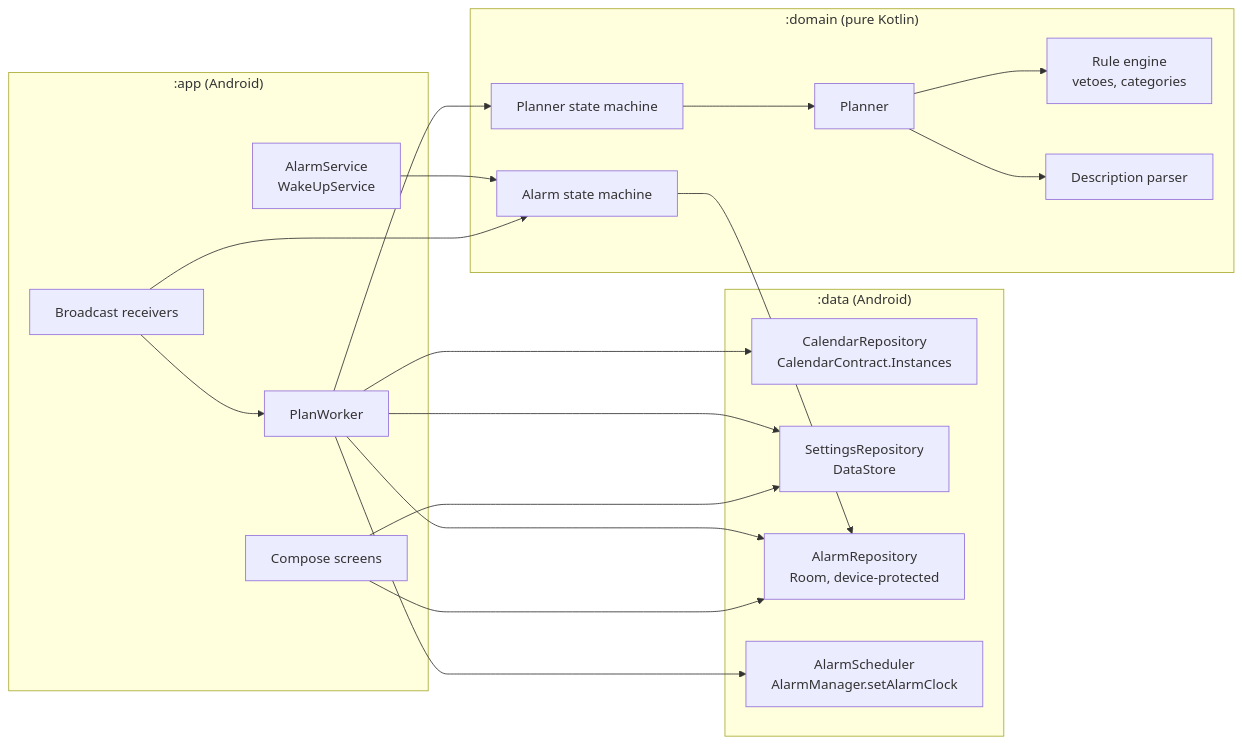
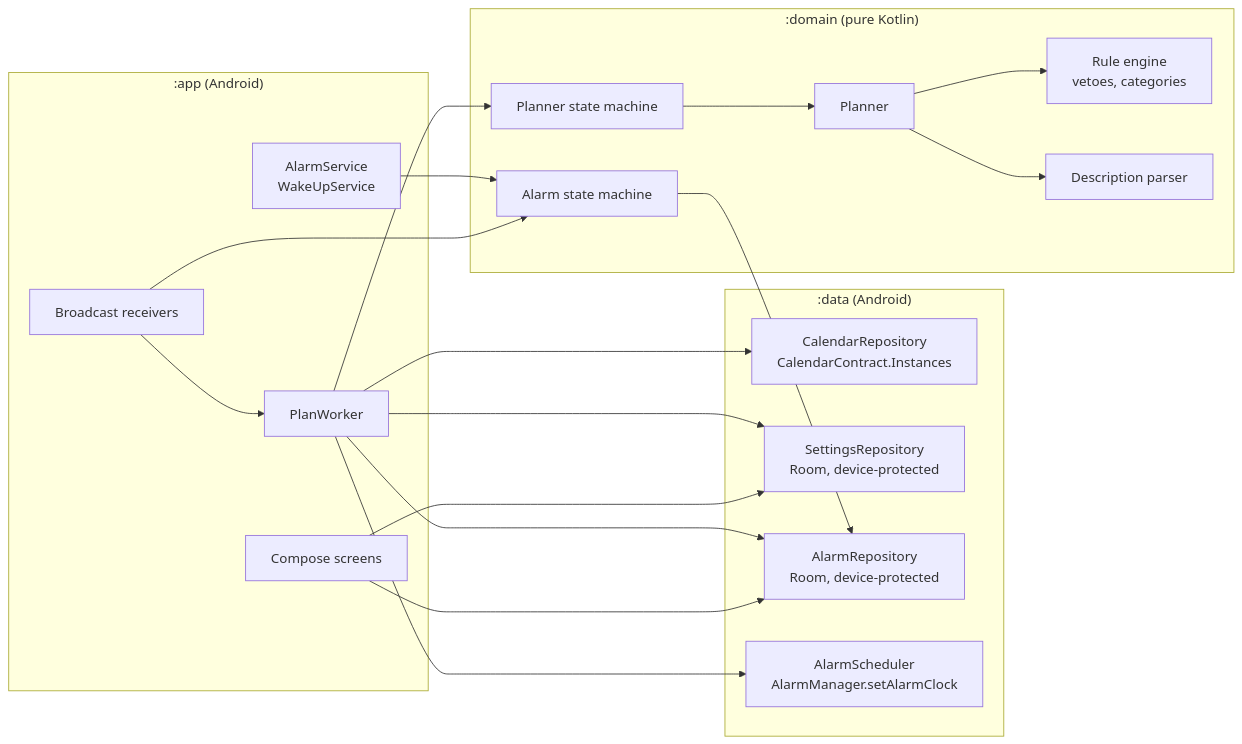
One commit to drehtuer/NextAlarmApp changed the first of 4 diagrams in docs/architecture.md. Above: the diagram before and after it, drawn with Mermaid. The commit also changed other lines of this file and 4 other files, not shown here.

````diff
--- a/docs/architecture.md
+++ b/docs/architecture.md
@@ -36,36 +41,36 @@
 ```mermaid
 flowchart LR
     subgraph app[":app (Android)"]
         UI[Compose screens]
         RCV[Broadcast receivers]
         SVC[AlarmService<br/>WakeUpService]
         WRK[PlanWorker]
     end
     subgraph data[":data (Android)"]
         CAL[CalendarRepository<br/>CalendarContract.Instances]
-        SET[SettingsRepository<br/>DataStore]
+        SET[SettingsRepository<br/>Room, device-protected]
         DB[AlarmRepository<br/>Room, device-protected]
         SCH[AlarmScheduler<br/>AlarmManager.setAlarmClock]
     end
     subgraph domain[":domain (pure Kotlin)"]
         PL[Planner]
         RE[Rule engine<br/>vetoes, categories]
         PA[Description parser]
         PSM[Planner state machine]
         ASM[Alarm state machine]
     end
     UI --> SET
     UI --> DB
     WRK --> PSM
     PSM --> PL
     PL --> RE
     PL --> PA
     WRK --> CAL
     WRK --> SET
     WRK --> DB
     WRK --> SCH
     RCV --> WRK
     RCV --> ASM
     SVC --> ASM
     ASM --> DB
 ```
````
